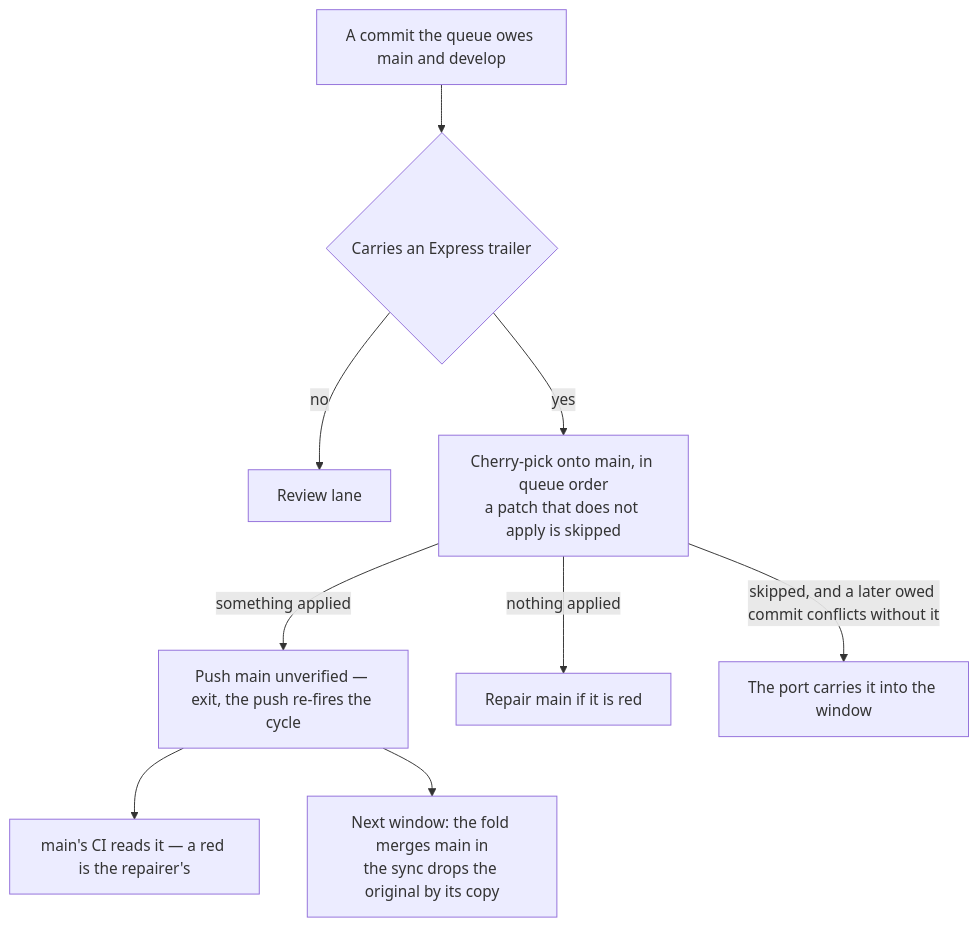
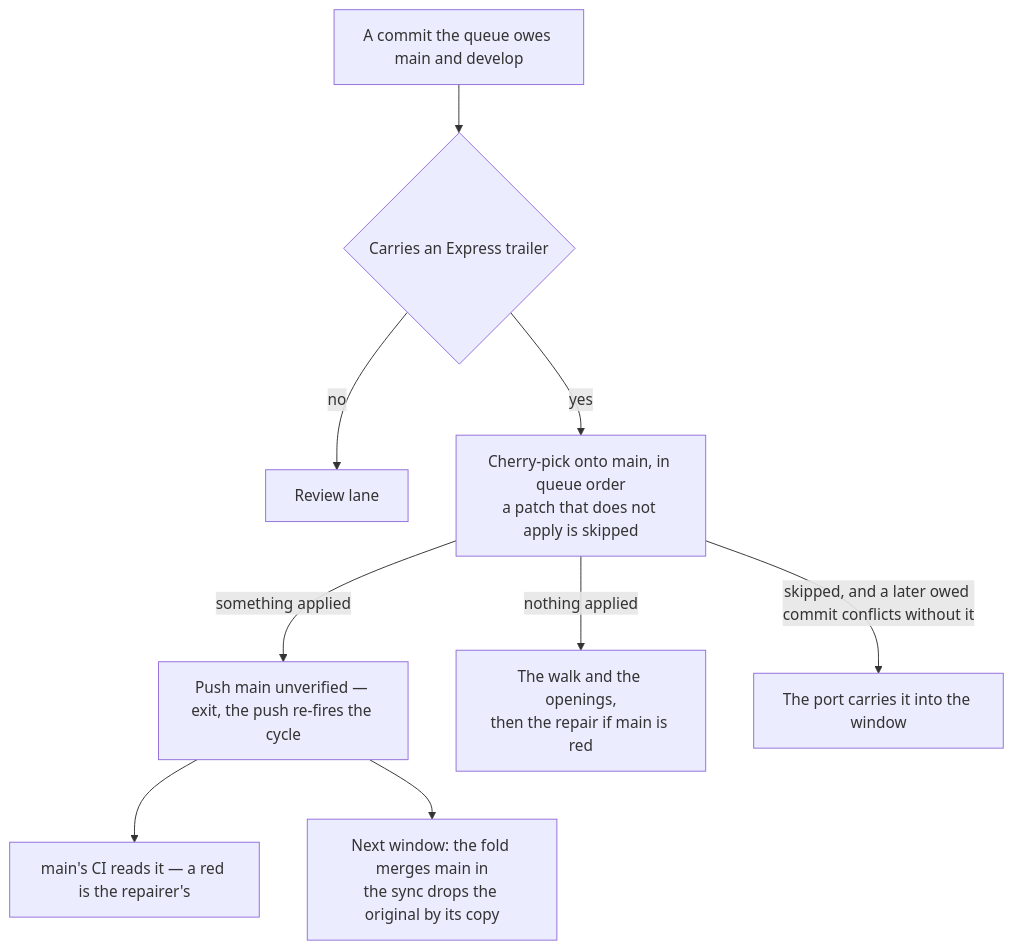
Before and after one commit to Esposter/Esposter: the diagram in apps/web/content/docs/infra/review-collector/express-lane.md, drawn with Mermaid. The commit also changed other lines of this file and 8 other files, not shown here.

First line of the commit message:
docs(review-collector): a red main is repaired last in the pass, under a deadline and counted per failure signature, and a window opens as soon as the rolling hour frees a slot

````diff
--- a/apps/web/content/docs/infra/review-collector/express-lane.md
+++ b/apps/web/content/docs/infra/review-collector/express-lane.md
@@ -21,11 +21,11 @@
 ```mermaid
 flowchart TD
   C[A commit the queue owes main and develop] --> T{Carries an Express trailer}
   T -->|no| RV[Review lane]
   T -->|yes| EX[Cherry-pick onto main, in queue order<br/>a patch that does not apply is skipped]
   EX -->|something applied| PU[Push main unverified — exit, the push re-fires the cycle]
-  EX -->|nothing applied| MR[Repair main if it is red]
+  EX -->|nothing applied| MR[The walk and the openings,<br/>then the repair if main is red]
   PU --> CI[main's CI reads it — a red is the repairer's]
   PU --> FO[Next window: the fold merges main in<br/>the sync drops the original by its copy]
   EX -->|skipped, and a later owed commit conflicts without it| CA[The port carries it into the window]
 ```
````
